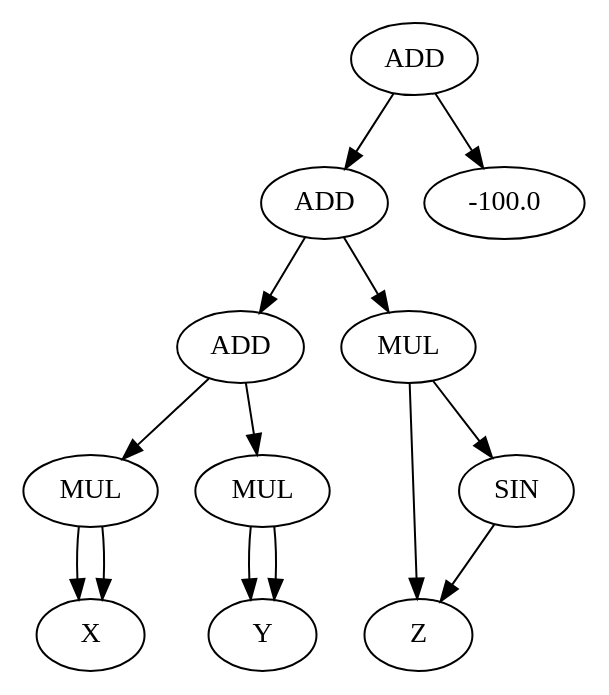
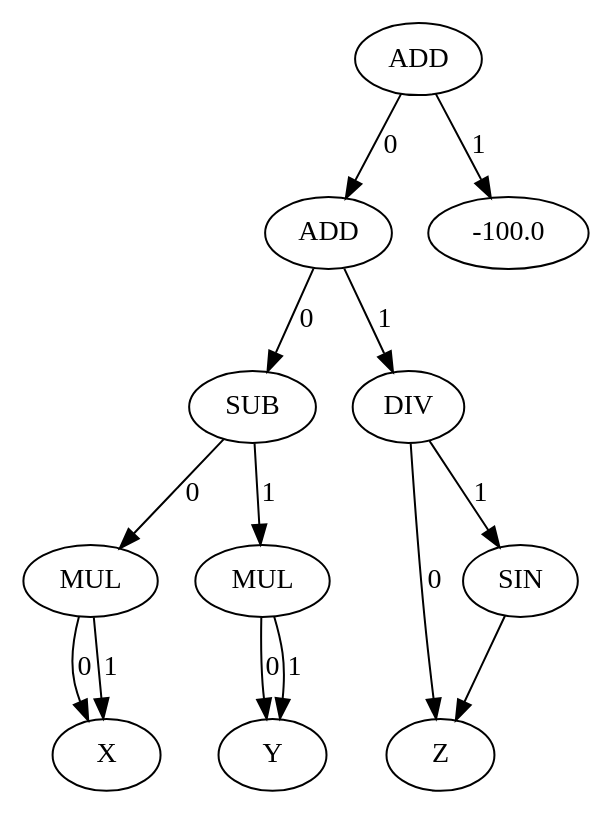
Before and after one commit to MathisBD/futhark-f-rep: the diagram in csg.dot, drawn with Graphviz. The commit also changed 3 other files, not shown here.

```diff
--- a/csg.dot
+++ b/csg.dot
@@ -1,26 +1,26 @@
 digraph "CSG-DAG with 11 nodes" {
 	1 [label=X]
 	2 [label=MUL]
-	2 -> 1
-	2 -> 1
+	2 -> 1 [label=0]
+	2 -> 1 [label=1]
 	3 [label=Y]
 	4 [label=MUL]
-	4 -> 3
-	4 -> 3
-	5 [label=ADD]
-	5 -> 2
-	5 -> 4
+	4 -> 3 [label=0]
+	4 -> 3 [label=1]
+	5 [label=SUB]
+	5 -> 2 [label=0]
+	5 -> 4 [label=1]
 	6 [label=Z]
 	7 [label=SIN]
 	7 -> 6
-	8 [label=MUL]
-	8 -> 6
-	8 -> 7
+	8 [label=DIV]
+	8 -> 6 [label=0]
+	8 -> 7 [label=1]
 	9 [label=ADD]
-	9 -> 5
-	9 -> 8
+	9 -> 5 [label=0]
+	9 -> 8 [label=1]
 	10 [label=-100.0]
 	11 [label=ADD]
-	11 -> 9
-	11 -> 10
+	11 -> 9 [label=0]
+	11 -> 10 [label=1]
 }
```
